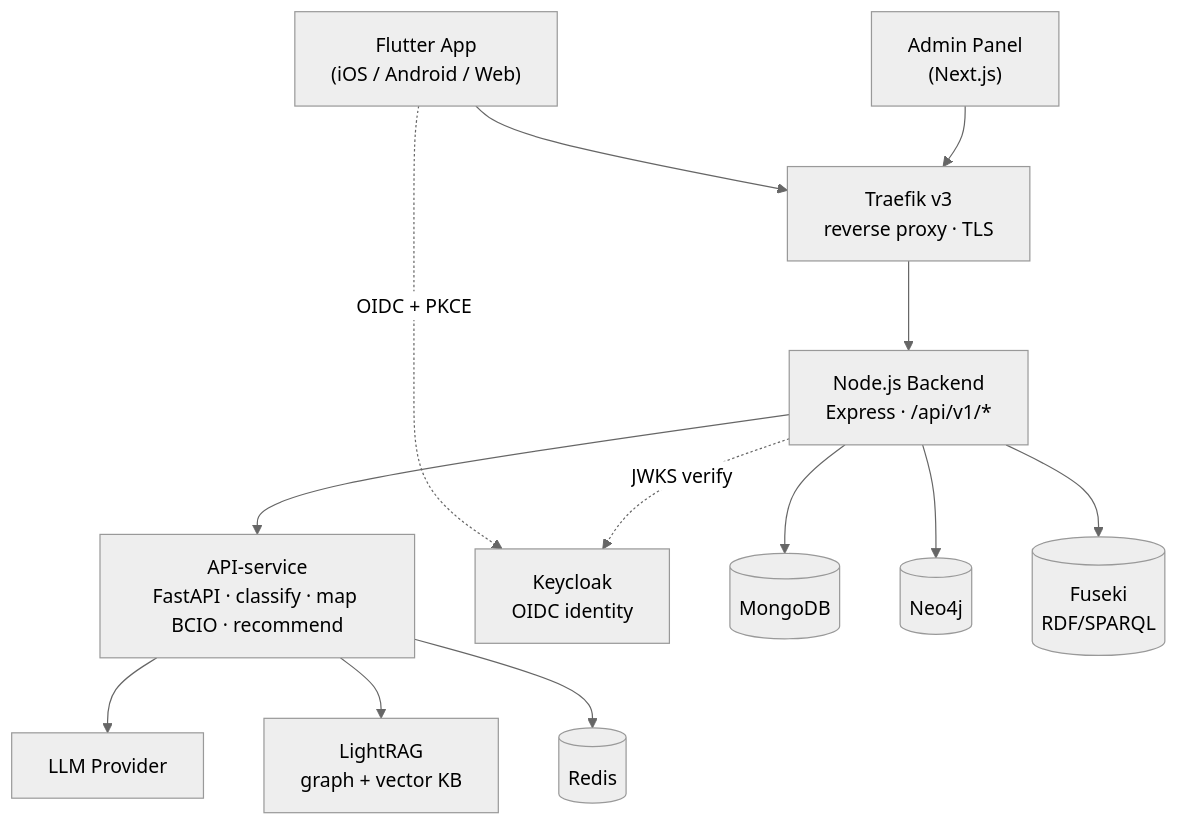
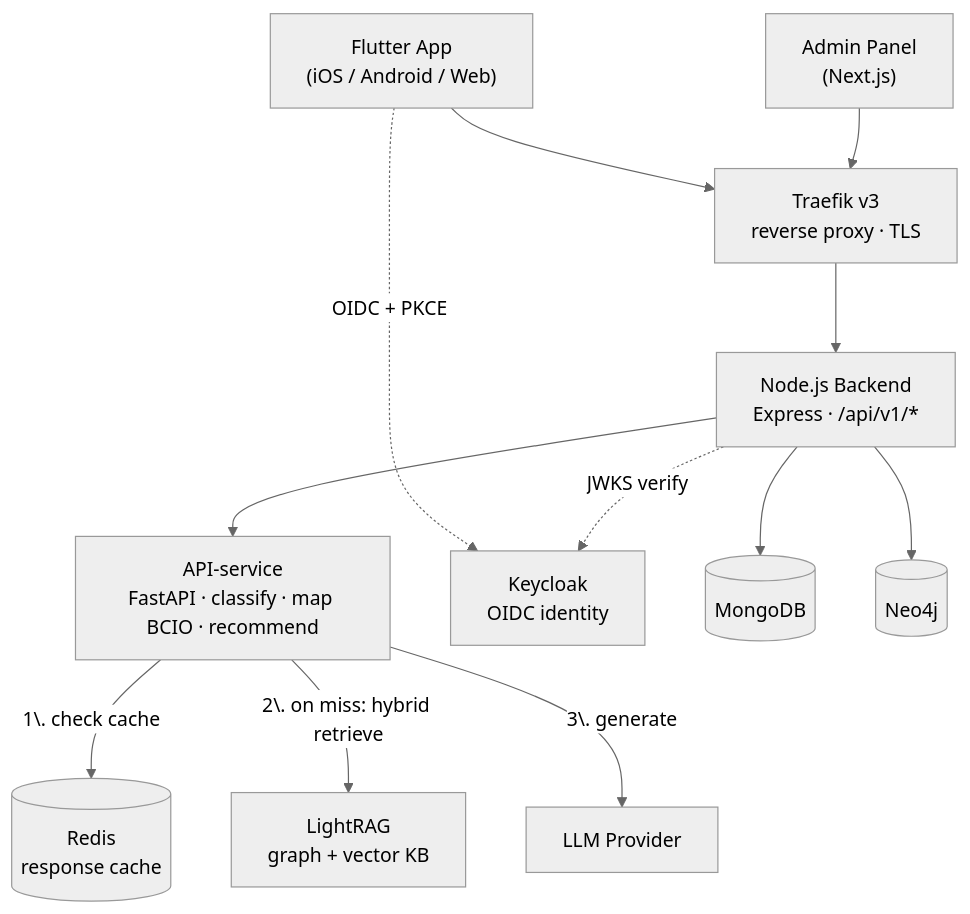
Before and after one commit to Bulgy404/health-habit-hub: the diagram in README.md, drawn with Mermaid (neutral theme). The commit also changed other lines of this file and 7 other files, not shown here.

Commit message:
fix: retire Fuseki from architecture and documentation; update backup service details

````diff
--- a/README.md
+++ b/README.md
@@ -84,29 +84,27 @@
 ```mermaid
 flowchart TB
     flutter["Flutter App<br/>(iOS / Android / Web)"]
     adminui["Admin Panel<br/>(Next.js)"]
     traefik["Traefik v3<br/>reverse proxy · TLS"]
     backend["Node.js Backend<br/>Express · /api/v1/*"]
     apiservice["API-service<br/>FastAPI · classify · map BCIO · recommend"]
     keycloak["Keycloak<br/>OIDC identity"]
     lightrag["LightRAG<br/>graph + vector KB"]
     llm["LLM Provider"]
 
     mongo[("MongoDB")]
     neo4j[("Neo4j")]
-    fuseki[("Fuseki<br/>RDF/SPARQL")]
-    redis[("Redis")]
+    redis[("Redis<br/>response cache")]
 
     flutter --> traefik
     adminui --> traefik
     traefik --> backend
     flutter -. "OIDC + PKCE" .-> keycloak
     backend -. "JWKS verify" .-> keycloak
     backend --> mongo
     backend --> neo4j
-    backend --> fuseki
     backend --> apiservice
-    apiservice --> llm
-    apiservice --> lightrag
-    apiservice --> redis
+    apiservice -- "1\. check cache" --> redis
+    apiservice -- "2\. on miss: hybrid retrieve" --> lightrag
+    apiservice -- "3\. generate" --> llm
 ```
````
